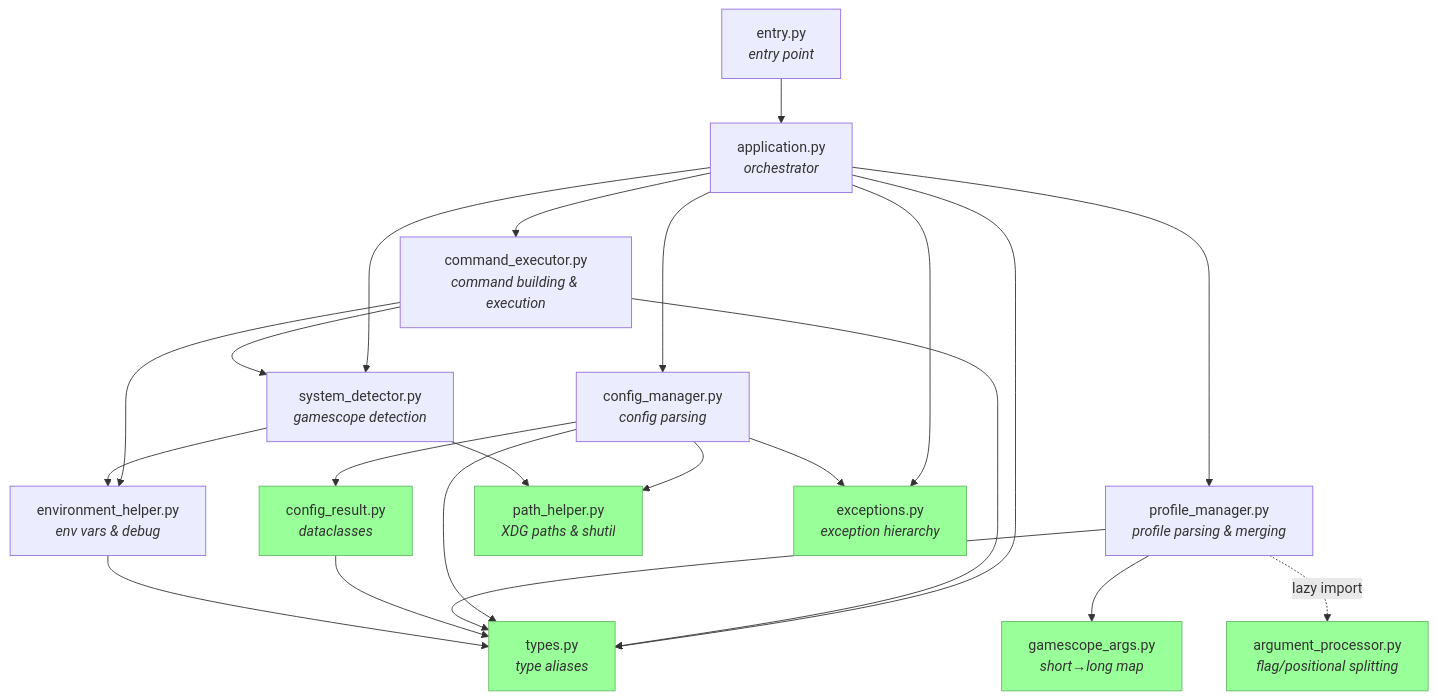
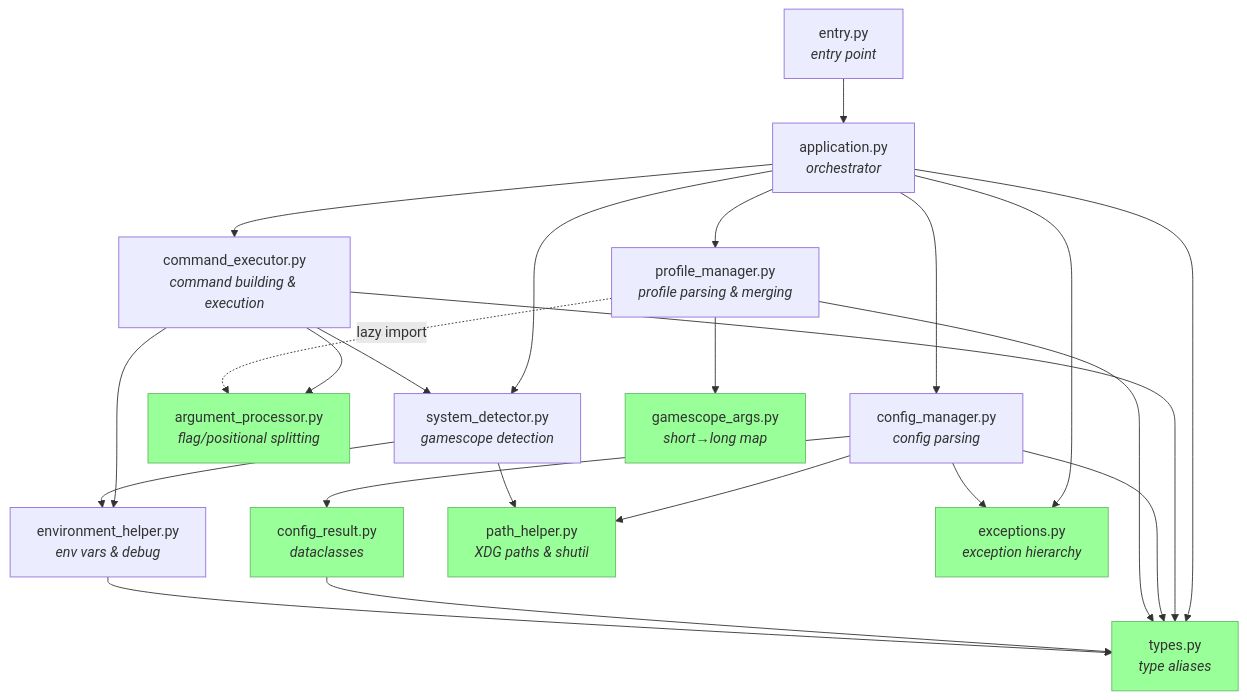
Before and after one commit to WombatFromHell/neoscopebuddy: the first of 6 diagrams in DESIGN.md, drawn with Mermaid. The commit also changed other lines of this file and 8 other files, not shown here.

````diff
--- a/DESIGN.md
+++ b/DESIGN.md
@@ -11,50 +11,51 @@
 ```mermaid
 graph TD
     entry["entry.py<br/><i>entry point</i>"]
     application["application.py<br/><i>orchestrator</i>"]
     command_executor["command_executor.py<br/><i>command building &amp; execution</i>"]
     config_manager["config_manager.py<br/><i>config parsing</i>"]
     config_result["config_result.py<br/><i>dataclasses</i>"]
     profile_manager["profile_manager.py<br/><i>profile parsing &amp; merging</i>"]
     argument_processor["argument_processor.py<br/><i>flag/positional splitting</i>"]
     system_detector["system_detector.py<br/><i>gamescope detection</i>"]
     environment_helper["environment_helper.py<br/><i>env vars &amp; debug</i>"]
     path_helper["path_helper.py<br/><i>XDG paths &amp; shutil</i>"]
     gamescope_args["gamescope_args.py<br/><i>short→long map</i>"]
     types["types.py<br/><i>type aliases</i>"]
     exceptions["exceptions.py<br/><i>exception hierarchy</i>"]
 
     entry --> application
     application --> command_executor
     application --> config_manager
     application --> profile_manager
     application --> system_detector
     application --> exceptions
     application --> types
 
     command_executor --> environment_helper
     command_executor --> system_detector
+    command_executor --> argument_processor
     command_executor --> types
 
     config_manager --> config_result
     config_manager --> path_helper
     config_manager --> exceptions
     config_manager --> types
 
     profile_manager --> gamescope_args
     profile_manager --> types
     profile_manager -. "lazy import" .-> argument_processor
 
     system_detector --> environment_helper
     system_detector --> path_helper
 
     config_result --> types
     environment_helper --> types
 
     style types fill:#9f9,stroke:#6b6
     style exceptions fill:#9f9,stroke:#6b6
     style path_helper fill:#9f9,stroke:#6b6
     style gamescope_args fill:#9f9,stroke:#6b6
     style argument_processor fill:#9f9,stroke:#6b6
     style config_result fill:#9f9,stroke:#6b6
 ```
````
